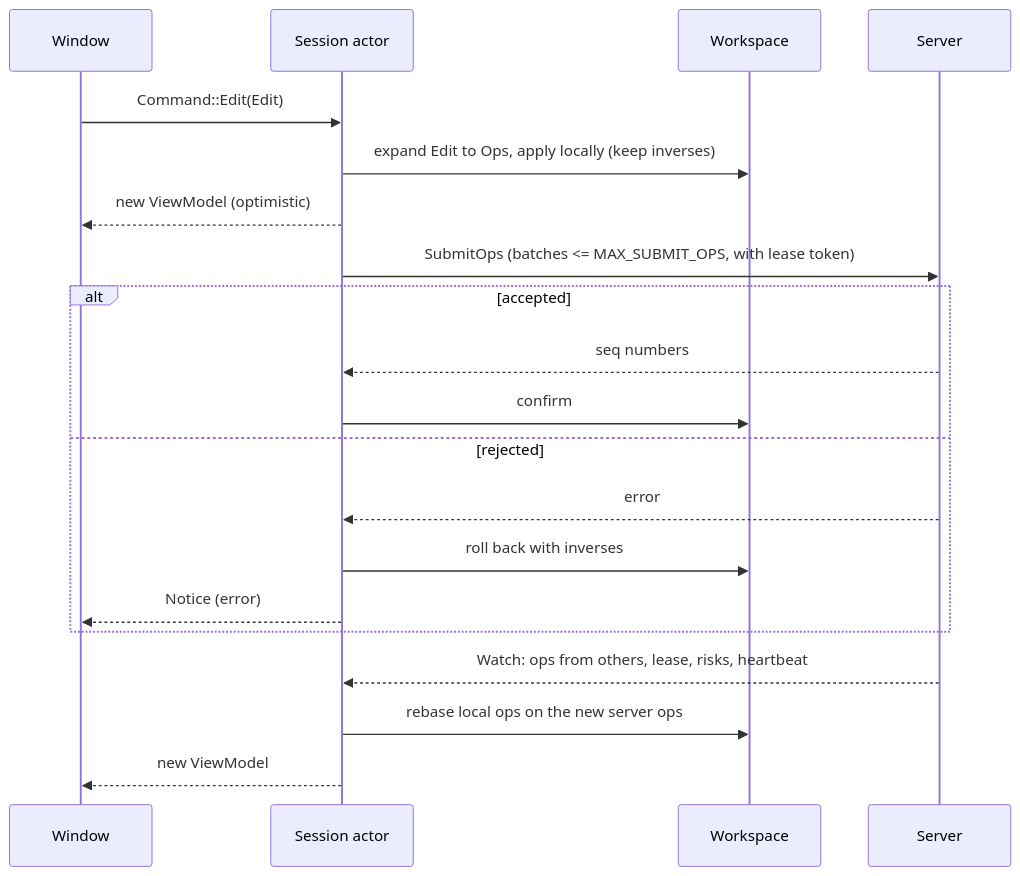
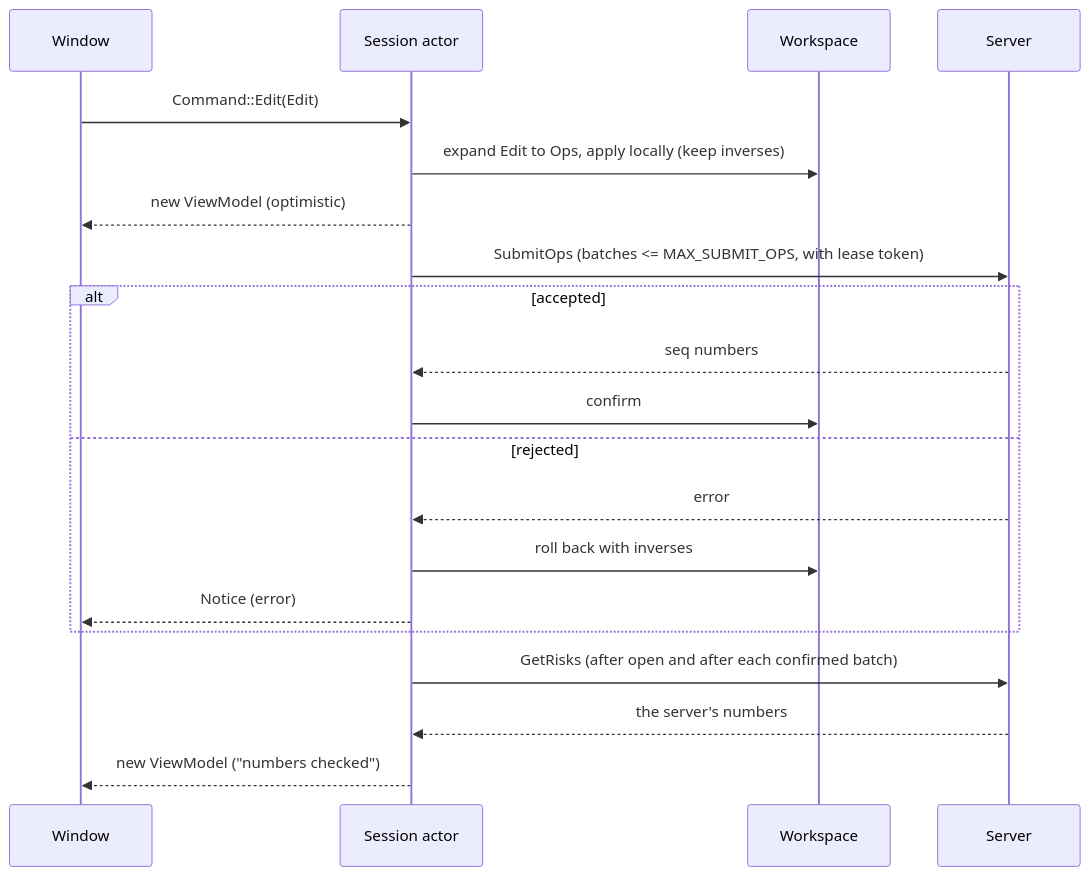
One commit to eNipu/AegisTARA changed diagram 20 of 28 in docs/architecture.md. Above: the diagram before and after it, drawn with Mermaid. The commit also changed other lines of this file and 32 other files, not shown here.

````diff
--- a/docs/architecture.md
+++ b/docs/architecture.md
@@ -1647,22 +1644,22 @@
 ```mermaid
 sequenceDiagram
     participant UI as Window
     participant S as Session actor
     participant W as Workspace
     participant Srv as Server
     UI->>S: Command::Edit(Edit)
     S->>W: expand Edit to Ops, apply locally (keep inverses)
     S-->>UI: new ViewModel (optimistic)
     S->>Srv: SubmitOps (batches <= MAX_SUBMIT_OPS, with lease token)
     alt accepted
         Srv-->>S: seq numbers
         S->>W: confirm
     else rejected
         Srv-->>S: error
         S->>W: roll back with inverses
         S-->>UI: Notice (error)
     end
-    Srv-->>S: Watch: ops from others, lease, risks, heartbeat
-    S->>W: rebase local ops on the new server ops
-    S-->>UI: new ViewModel
+    S->>Srv: GetRisks (after open and after each confirmed batch)
+    Srv-->>S: the server's numbers
+    S-->>UI: new ViewModel ("numbers checked")
 ```
````
